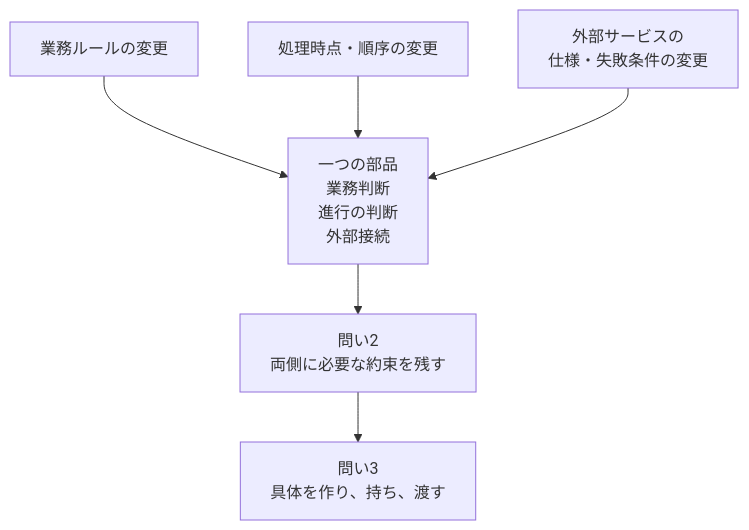
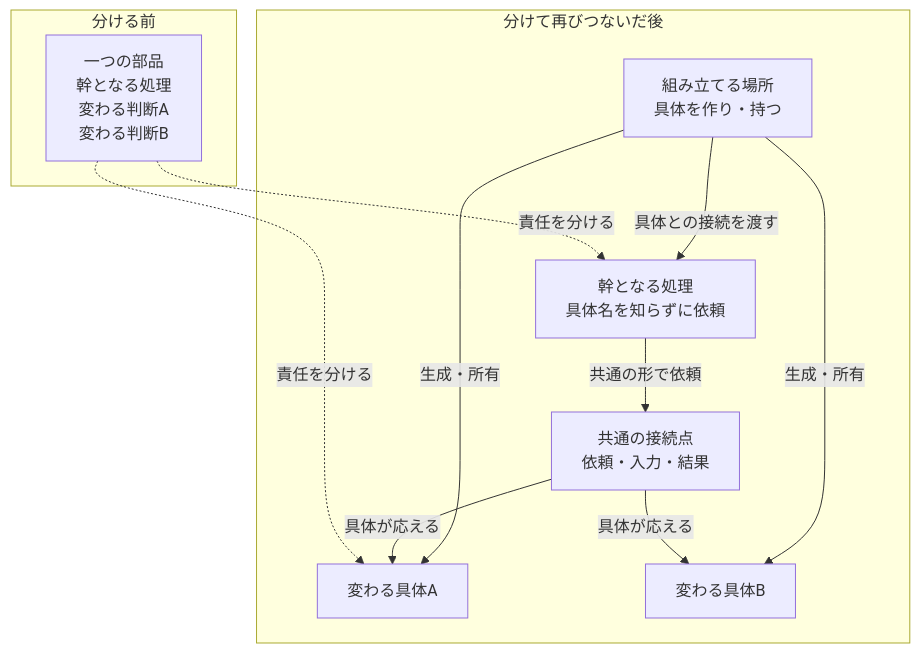
Before and after one commit to kumachan1101-pixel/DesignPattern: the third of 3 diagrams in kindle/design-patterns/books/volume01-core-patterns/output/01-preface.md, drawn with Mermaid. The commit also changed other lines of this file and 6 other files, not shown here.

````diff
--- a/kindle/design-patterns/books/volume01-core-patterns/output/01-preface.md
+++ b/kindle/design-patterns/books/volume01-core-patterns/output/01-preface.md
@@ -192,8 +207,24 @@
 ```mermaid
 flowchart TB
-    R1["業務ルールの変更"] --> M["一つの部品<br>業務判断<br>進行の判断<br>外部接続"]
-    R2["処理時点・順序の変更"] --> M
-    R3["外部サービスの<br>仕様・失敗条件の変更"] --> M
-    M --> Q2["問い2<br>両側に必要な約束を残す"]
-    Q2 --> Q3["問い3<br>具体を作り、持ち、渡す"]
+    subgraph BEFORE["分ける前"]
+        ONE["一つの部品<br>幹となる処理<br>変わる判断A<br>変わる判断B"]
+    end
+
+    subgraph AFTER["分けて再びつないだ後"]
+        MAKE["組み立てる場所<br>具体を作り・持つ"]
+        CORE["幹となる処理<br>具体名を知らずに依頼"]
+        POINT["共通の接続点<br>依頼・入力・結果"]
+        V1["変わる具体A"]
+        V2["変わる具体B"]
+
+        MAKE -->|具体との接続を渡す| CORE
+        MAKE -->|生成・所有| V1
+        MAKE -->|生成・所有| V2
+        CORE -->|共通の形で依頼| POINT
+        POINT -->|具体が応える| V1
+        POINT -->|具体が応える| V2
+    end
+
+    ONE -. 責任を分ける .-> CORE
+    ONE -. 責任を分ける .-> V1
 ```
````
